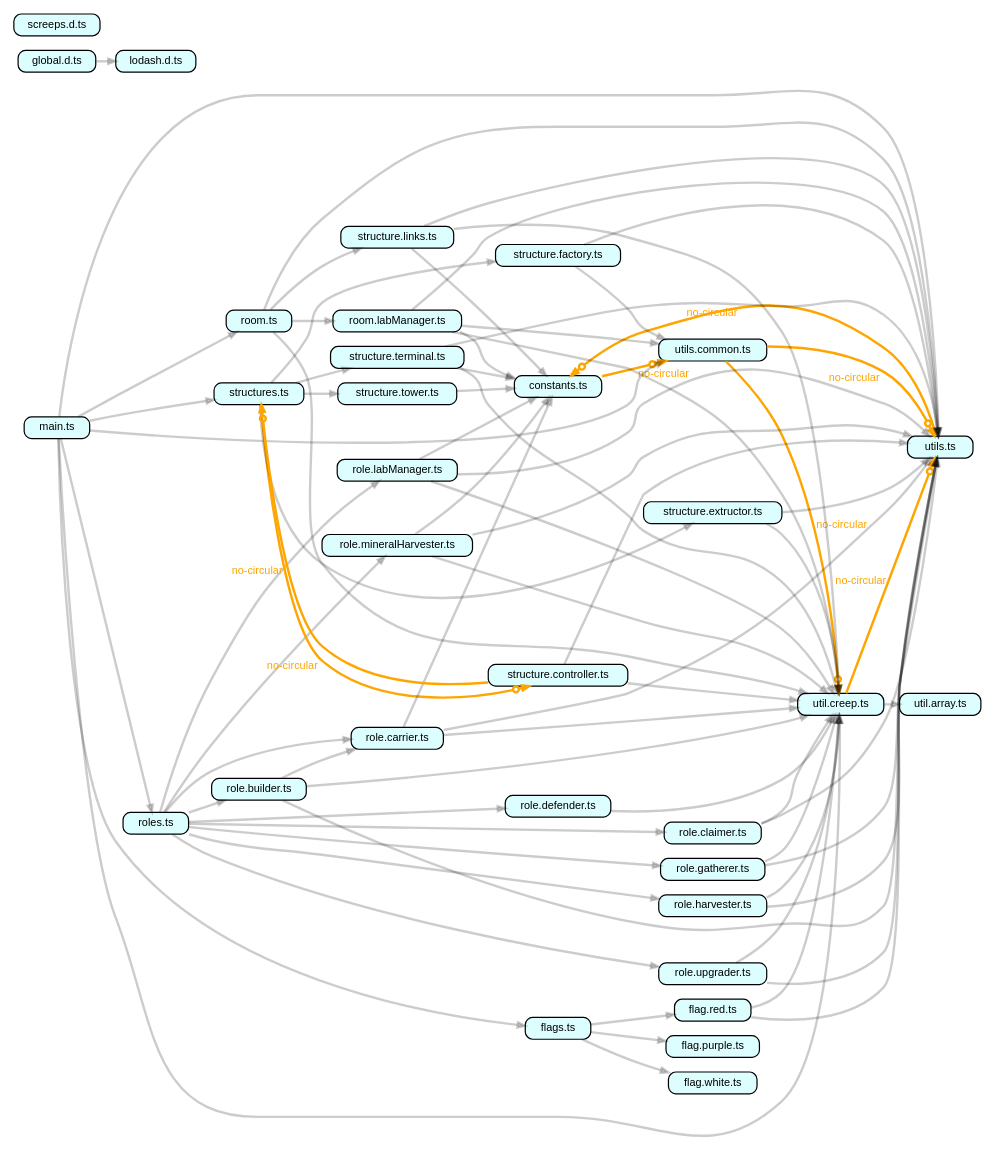
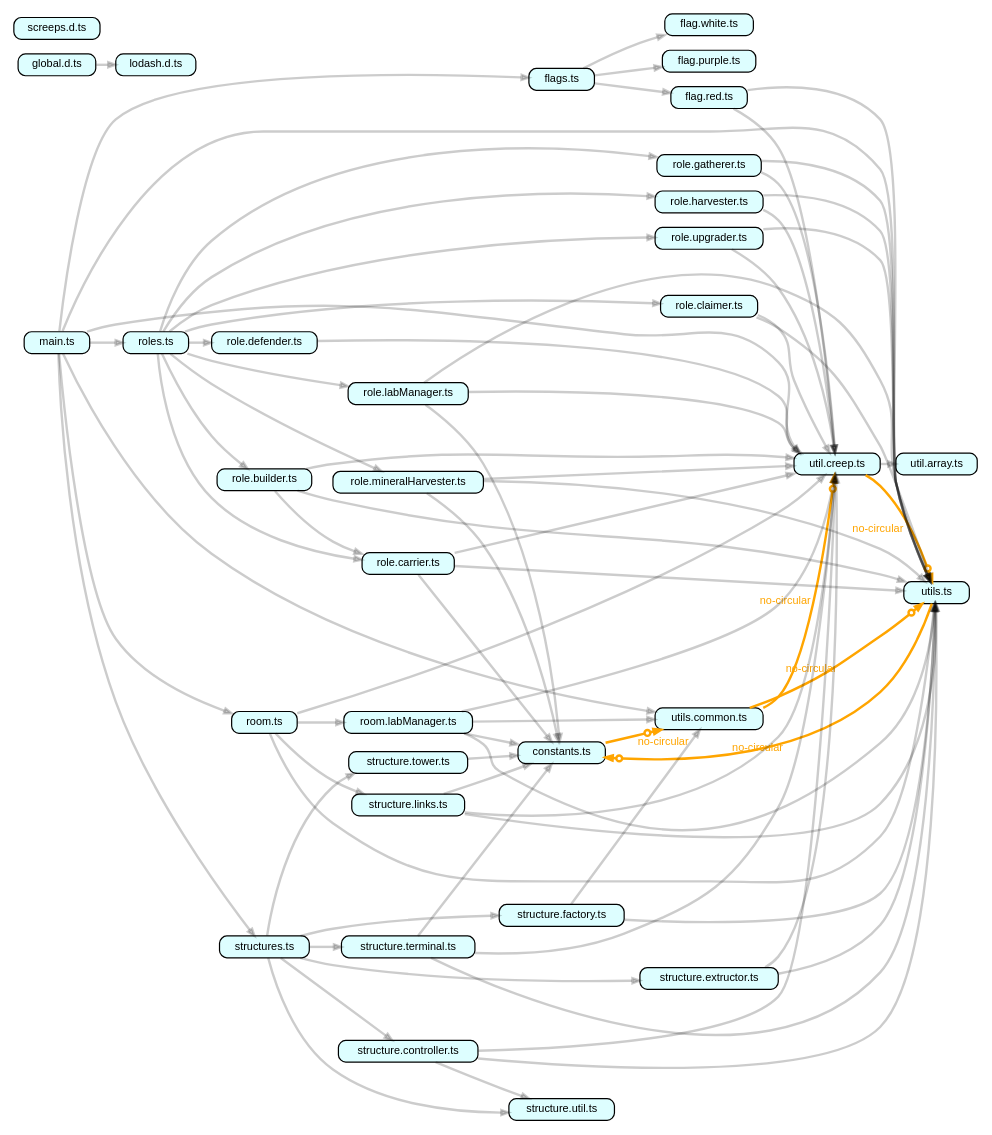
One commit to nekane1117/screeps changed the diagram in main.dot. Above: the diagram before and after it, drawn with Graphviz. The commit also changed 3 other files, not shown here.

```diff
--- a/main.dot
+++ b/main.dot
@@ -1,114 +1,116 @@
 strict digraph "dependency-cruiser output"{
     rankdir="LR" splines="true" overlap="false" nodesep="0.16" ranksep="0.18" fontname="Helvetica-bold" fontsize="9" style="rounded,bold,filled" fillcolor="#ffffff" compound="true"
     node [shape="box" style="rounded, filled" height="0.2" color="black" fillcolor="#ffffcc" fontcolor="black" fontname="Helvetica" fontsize="9"]
     edge [arrowhead="normal" arrowsize="0.6" penwidth="2.0" color="#00000033" fontname="Helvetica" fontsize="9"]
 
     "constants.ts" [label=<constants.ts> tooltip="constants.ts" URL="constants.ts" fillcolor="#ddfeff"]
     "constants.ts" -> "utils.common.ts" [xlabel="no-circular" tooltip="no-circular" arrowhead="normalnoneodot" fontcolor="orange" color="orange"]
     "flag.purple.ts" [label=<flag.purple.ts> tooltip="flag.purple.ts" URL="flag.purple.ts" fillcolor="#ddfeff"]
     "flag.red.ts" [label=<flag.red.ts> tooltip="flag.red.ts" URL="flag.red.ts" fillcolor="#ddfeff"]
     "flag.red.ts" -> "util.creep.ts"
     "flag.red.ts" -> "utils.ts"
     "flag.white.ts" [label=<flag.white.ts> tooltip="flag.white.ts" URL="flag.white.ts" fillcolor="#ddfeff"]
     "flags.ts" [label=<flags.ts> tooltip="flags.ts" URL="flags.ts" fillcolor="#ddfeff"]
     "flags.ts" -> "flag.purple.ts"
     "flags.ts" -> "flag.red.ts"
     "flags.ts" -> "flag.white.ts"
     "global.d.ts" [label=<global.d.ts> tooltip="global.d.ts" URL="global.d.ts" fillcolor="#ddfeff"]
     "global.d.ts" -> "lodash.d.ts"
     "lodash.d.ts" [label=<lodash.d.ts> tooltip="lodash.d.ts" URL="lodash.d.ts" fillcolor="#ddfeff"]
     "main.ts" [label=<main.ts> tooltip="main.ts" URL="main.ts" fillcolor="#ddfeff"]
     "main.ts" -> "flags.ts"
     "main.ts" -> "roles.ts"
     "main.ts" -> "room.ts"
     "main.ts" -> "structures.ts"
     "main.ts" -> "util.creep.ts"
     "main.ts" -> "utils.ts"
     "main.ts" -> "utils.common.ts"
     "role.builder.ts" [label=<role.builder.ts> tooltip="role.builder.ts" URL="role.builder.ts" fillcolor="#ddfeff"]
     "role.builder.ts" -> "role.carrier.ts"
     "role.builder.ts" -> "util.creep.ts"
     "role.builder.ts" -> "utils.ts"
     "role.carrier.ts" [label=<role.carrier.ts> tooltip="role.carrier.ts" URL="role.carrier.ts" fillcolor="#ddfeff"]
     "role.carrier.ts" -> "constants.ts"
     "role.carrier.ts" -> "util.creep.ts"
     "role.carrier.ts" -> "utils.ts"
     "role.claimer.ts" [label=<role.claimer.ts> tooltip="role.claimer.ts" URL="role.claimer.ts" fillcolor="#ddfeff"]
     "role.claimer.ts" -> "util.creep.ts"
     "role.claimer.ts" -> "utils.ts"
     "role.defender.ts" [label=<role.defender.ts> tooltip="role.defender.ts" URL="role.defender.ts" fillcolor="#ddfeff"]
     "role.defender.ts" -> "util.creep.ts"
     "role.gatherer.ts" [label=<role.gatherer.ts> tooltip="role.gatherer.ts" URL="role.gatherer.ts" fillcolor="#ddfeff"]
     "role.gatherer.ts" -> "util.creep.ts"
     "role.gatherer.ts" -> "utils.ts"
     "role.harvester.ts" [label=<role.harvester.ts> tooltip="role.harvester.ts" URL="role.harvester.ts" fillcolor="#ddfeff"]
     "role.harvester.ts" -> "util.creep.ts"
     "role.harvester.ts" -> "utils.ts"
     "role.labManager.ts" [label=<role.labManager.ts> tooltip="role.labManager.ts" URL="role.labManager.ts" fillcolor="#ddfeff"]
     "role.labManager.ts" -> "constants.ts"
     "role.labManager.ts" -> "util.creep.ts"
     "role.labManager.ts" -> "utils.ts"
     "role.mineralHarvester.ts" [label=<role.mineralHarvester.ts> tooltip="role.mineralHarvester.ts" URL="role.mineralHarvester.ts" fillcolor="#ddfeff"]
     "role.mineralHarvester.ts" -> "constants.ts"
     "role.mineralHarvester.ts" -> "util.creep.ts"
     "role.mineralHarvester.ts" -> "utils.ts"
     "role.upgrader.ts" [label=<role.upgrader.ts> tooltip="role.upgrader.ts" URL="role.upgrader.ts" fillcolor="#ddfeff"]
     "role.upgrader.ts" -> "util.creep.ts"
     "role.upgrader.ts" -> "utils.ts"
     "roles.ts" [label=<roles.ts> tooltip="roles.ts" URL="roles.ts" fillcolor="#ddfeff"]
     "roles.ts" -> "role.builder.ts"
     "roles.ts" -> "role.carrier.ts"
     "roles.ts" -> "role.claimer.ts"
     "roles.ts" -> "role.defender.ts"
     "roles.ts" -> "role.gatherer.ts"
     "roles.ts" -> "role.harvester.ts"
     "roles.ts" -> "role.labManager.ts"
     "roles.ts" -> "role.mineralHarvester.ts"
     "roles.ts" -> "role.upgrader.ts"
     "room.labManager.ts" [label=<room.labManager.ts> tooltip="room.labManager.ts" URL="room.labManager.ts" fillcolor="#ddfeff"]
     "room.labManager.ts" -> "constants.ts"
     "room.labManager.ts" -> "util.creep.ts"
     "room.labManager.ts" -> "utils.ts"
     "room.labManager.ts" -> "utils.common.ts"
     "room.ts" [label=<room.ts> tooltip="room.ts" URL="room.ts" fillcolor="#ddfeff"]
     "room.ts" -> "room.labManager.ts"
     "room.ts" -> "structure.links.ts"
     "room.ts" -> "util.creep.ts"
     "room.ts" -> "utils.ts"
     "screeps.d.ts" [label=<screeps.d.ts> tooltip="screeps.d.ts" URL="screeps.d.ts" fillcolor="#ddfeff"]
     "structure.controller.ts" [label=<structure.controller.ts> tooltip="structure.controller.ts" URL="structure.controller.ts" fillcolor="#ddfeff"]
-    "structure.controller.ts" -> "structures.ts" [xlabel="no-circular" tooltip="no-circular" arrowhead="normalnoneodot" fontcolor="orange" color="orange"]
     "structure.controller.ts" -> "util.creep.ts"
     "structure.controller.ts" -> "utils.ts"
+    "structure.controller.ts" -> "structure.util.ts"
     "structure.extructor.ts" [label=<structure.extructor.ts> tooltip="structure.extructor.ts" URL="structure.extructor.ts" fillcolor="#ddfeff"]
     "structure.extructor.ts" -> "util.creep.ts"
     "structure.extructor.ts" -> "utils.ts"
     "structure.factory.ts" [label=<structure.factory.ts> tooltip="structure.factory.ts" URL="structure.factory.ts" fillcolor="#ddfeff"]
     "structure.factory.ts" -> "utils.ts"
     "structure.factory.ts" -> "utils.common.ts"
     "structure.links.ts" [label=<structure.links.ts> tooltip="structure.links.ts" URL="structure.links.ts" fillcolor="#ddfeff"]
     "structure.links.ts" -> "constants.ts"
     "structure.links.ts" -> "util.creep.ts"
     "structure.links.ts" -> "utils.ts"
     "structure.terminal.ts" [label=<structure.terminal.ts> tooltip="structure.terminal.ts" URL="structure.terminal.ts" fillcolor="#ddfeff"]
     "structure.terminal.ts" -> "constants.ts"
     "structure.terminal.ts" -> "utils.ts"
     "structure.terminal.ts" -> "util.creep.ts"
     "structure.tower.ts" [label=<structure.tower.ts> tooltip="structure.tower.ts" URL="structure.tower.ts" fillcolor="#ddfeff"]
     "structure.tower.ts" -> "constants.ts"
+    "structure.util.ts" [label=<structure.util.ts> tooltip="structure.util.ts" URL="structure.util.ts" fillcolor="#ddfeff"]
     "structures.ts" [label=<structures.ts> tooltip="structures.ts" URL="structures.ts" fillcolor="#ddfeff"]
-    "structures.ts" -> "structure.controller.ts" [xlabel="no-circular" tooltip="no-circular" arrowhead="normalnoneodot" fontcolor="orange" color="orange"]
+    "structures.ts" -> "structure.controller.ts"
     "structures.ts" -> "structure.extructor.ts"
     "structures.ts" -> "structure.factory.ts"
     "structures.ts" -> "structure.terminal.ts"
     "structures.ts" -> "structure.tower.ts"
+    "structures.ts" -> "structure.util.ts"
     "util.array.ts" [label=<util.array.ts> tooltip="util.array.ts" URL="util.array.ts" fillcolor="#ddfeff"]
     "util.creep.ts" [label=<util.creep.ts> tooltip="util.creep.ts" URL="util.creep.ts" fillcolor="#ddfeff"]
     "util.creep.ts" -> "util.array.ts"
     "util.creep.ts" -> "utils.ts" [xlabel="no-circular" tooltip="no-circular" arrowhead="normalnoneodot" fontcolor="orange" color="orange"]
     "utils.common.ts" [label=<utils.common.ts> tooltip="utils.common.ts" URL="utils.common.ts" fillcolor="#ddfeff"]
     "utils.common.ts" -> "util.creep.ts" [xlabel="no-circular" tooltip="no-circular" arrowhead="normalnoneodot" fontcolor="orange" color="orange"]
     "utils.common.ts" -> "utils.ts" [xlabel="no-circular" tooltip="no-circular" arrowhead="normalnoneodot" fontcolor="orange" color="orange"]
     "utils.ts" [label=<utils.ts> tooltip="utils.ts" URL="utils.ts" fillcolor="#ddfeff"]
     "utils.ts" -> "constants.ts" [xlabel="no-circular" tooltip="no-circular" arrowhead="normalnoneodot" fontcolor="orange" color="orange"]
 }
```
